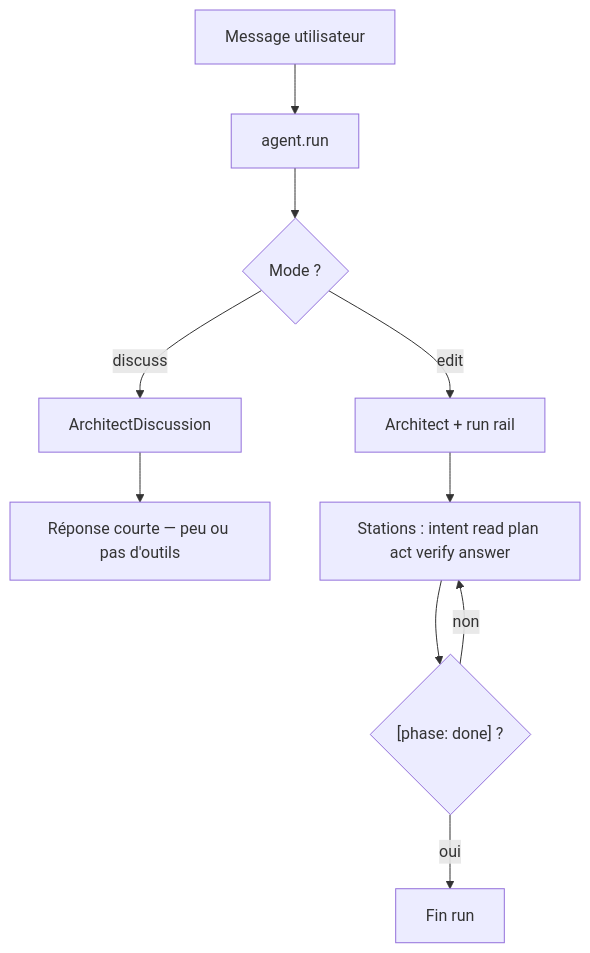
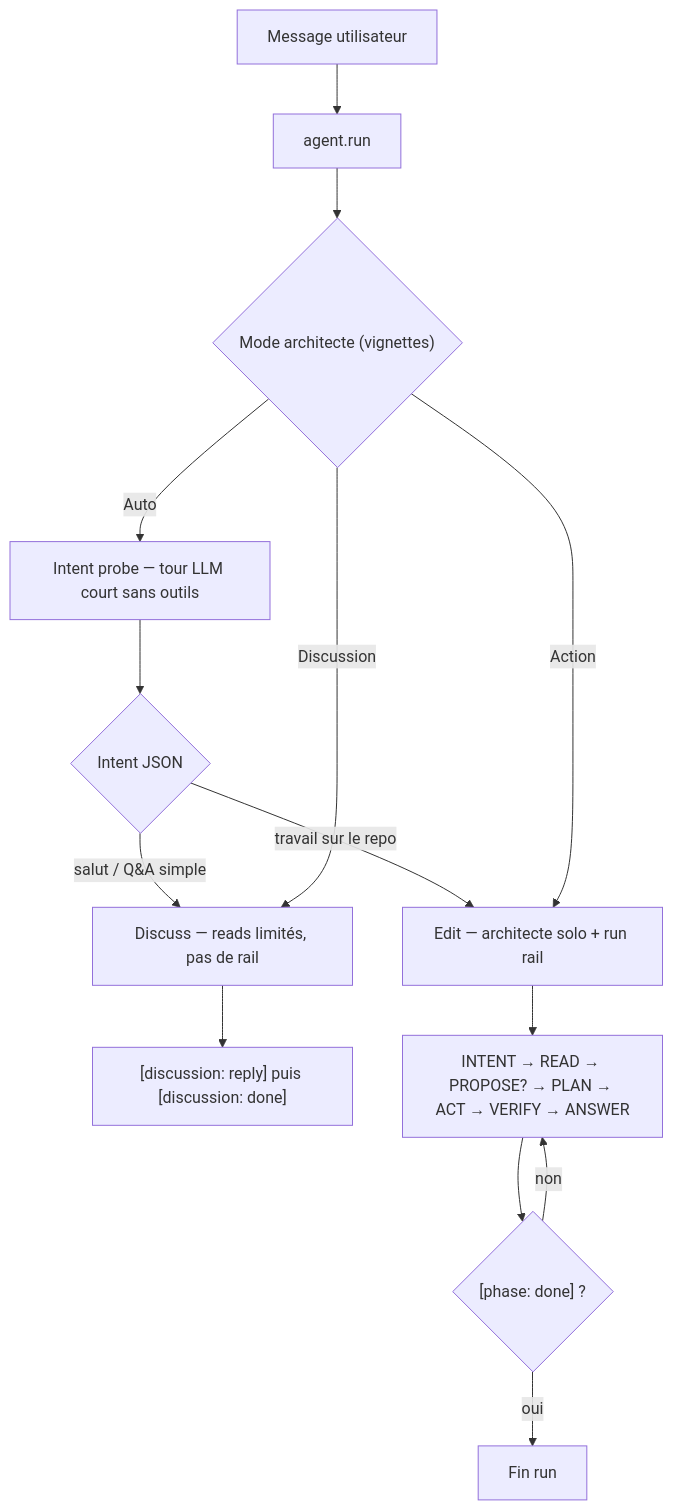
One commit to DroxKiwi/Drox---IDE---OR changed the fourth of 13 diagrams in README.md. Above: the diagram before and after it, drawn with Mermaid. The commit also changed other lines of this file, not shown here.

Commit message:
Docs: schémas et prose alignés sur le moteur 1.4.1 (rail, intent probe, tool folders).

````diff
--- a/README.md
+++ b/README.md
@@ -132,14 +132,18 @@
 ```mermaid
 flowchart TD
   MSG["Message utilisateur"] --> RUN["agent.run"]
-  RUN --> MODE{"Mode ?"}
-  MODE -->|discuss| DISC["ArchitectDiscussion"]
-  MODE -->|edit| EDIT["Architect + run rail"]
+  RUN --> MODE{"Mode architecte (vignettes)"}
+  MODE -->|Auto| PROBE["Intent probe — tour LLM court sans outils"]
+  PROBE --> ROUTE{Intent JSON}
+  ROUTE -->|salut / Q&A simple| DISC
+  ROUTE -->|travail sur le repo| EDIT
+  MODE -->|Discussion| DISC["Discuss — reads limités, pas de rail"]
+  MODE -->|Action| EDIT["Edit — architecte solo + run rail"]
 
-  DISC --> DOUT["Réponse courte — peu ou pas d'outils"]
+  DISC --> DOUT["[discussion: reply] puis [discussion: done]"]
 
-  EDIT --> RAIL["Stations : intent read plan act verify answer"]
+  EDIT --> RAIL["INTENT → READ → PROPOSE? → PLAN → ACT → VERIFY → ANSWER"]
   RAIL --> DONE{"[phase: done] ?"}
   DONE -->|oui| END["Fin run"]
   DONE -->|non| RAIL
 ```
````
